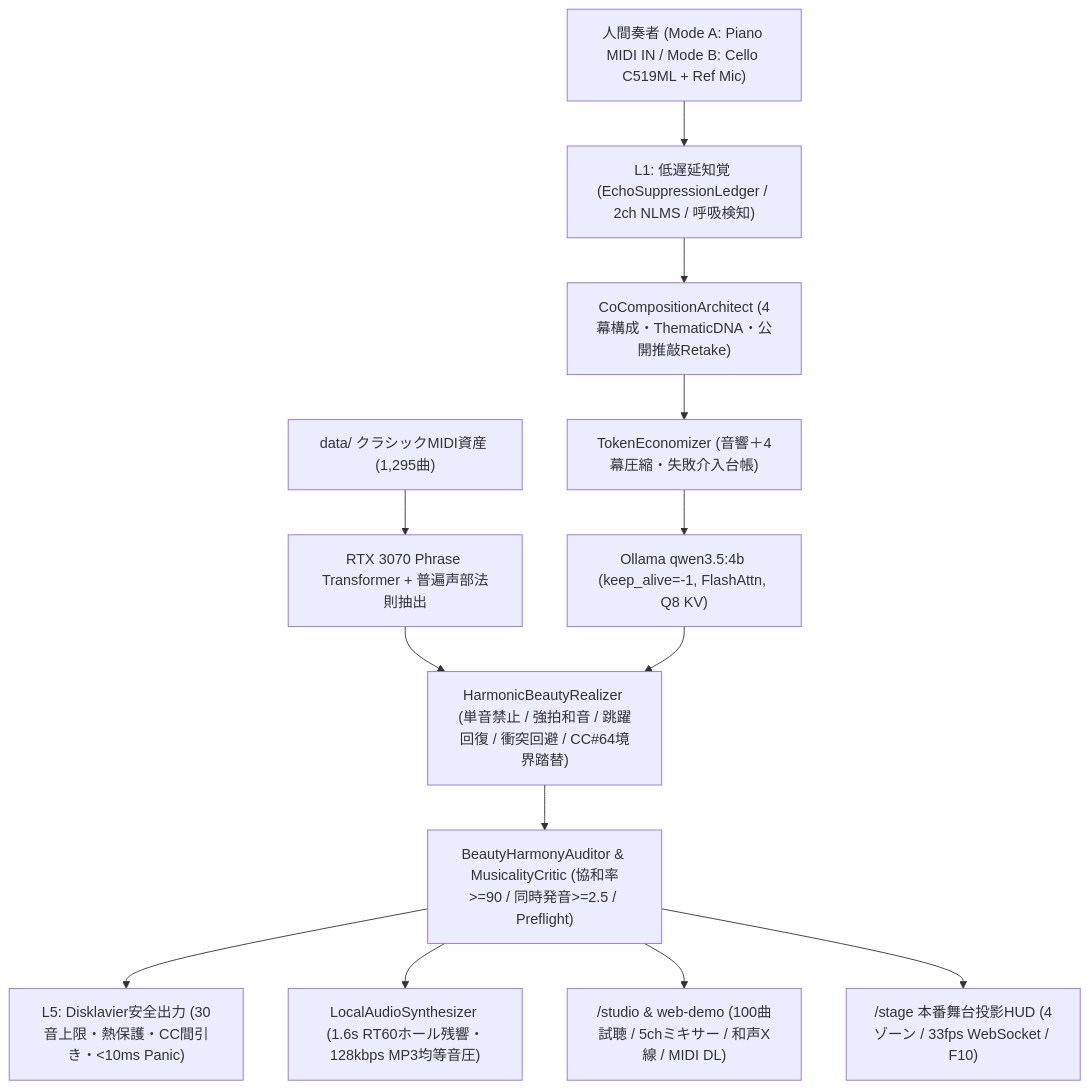
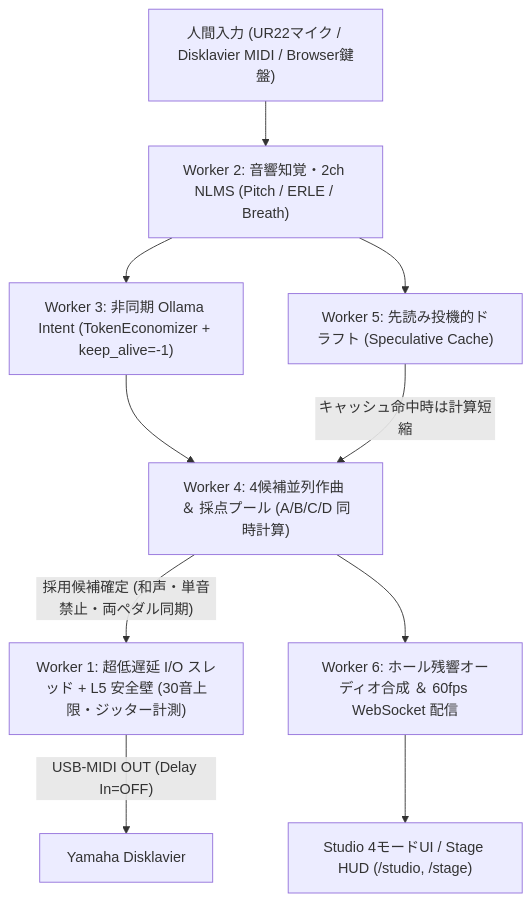
Before and after one commit to AI-Avalon/Disklavier-Auto: the first of 4 diagrams in README.md, drawn with Mermaid. The commit also changed other lines of this file and 36 other files, not shown here.

Commit message:
feat: 6-worker parallel real-time composition, NotaGen/LLM live ABC streaming, 4-mode ergonomic UI, and green CI

````diff
--- a/README.md
+++ b/README.md
@@ -68,15 +46,12 @@
 ```mermaid
-flowchart TD
-    Human["人間奏者 (Mode A: Piano MIDI IN / Mode B: Cello C519ML + Ref Mic)"] --> L1["L1: 低遅延知覚 (EchoSuppressionLedger / 2ch NLMS / 呼吸検知)"]
-    L1 --> Arch["CoCompositionArchitect (4幕構成・ThematicDNA・公開推敲Retake)"]
-    Corpus["data/ クラシックMIDI資産 (1,295曲)"] --> Model["RTX 3070 Phrase Transformer + 普遍声部法則抽出"]
-    Arch --> Econ["TokenEconomizer (音響＋4幕圧縮・失敗介入台帳)"]
-    Econ --> L2["Ollama qwen3.5:4b (keep_alive=-1, FlashAttn, Q8 KV)"]
-    Model --> Realizer["HarmonicBeautyRealizer (単音禁止 / 強拍和音 / 跳躍回復 / 衝突回避 / CC#64境界踏替)"]
-    L2 --> Realizer
-    Realizer --> Auditor["BeautyHarmonyAuditor & MusicalityCritic (協和率>=90 / 同時発音>=2.5 / Preflight)"]
-    Auditor --> L5["L5: Disklavier安全出力 (30音上限・熱保護・CC間引き・<10ms Panic)"]
-    Auditor --> Synth["LocalAudioSynthesizer (1.6s RT60ホール残響・128kbps MP3均等音圧)"]
-    Auditor --> Studio["/studio & web-demo (100曲試聴 / 5chミキサー / 和声X線 / MIDI DL)"]
-    Auditor --> Stage["/stage 本番舞台投影HUD (4ゾーン / 33fps WebSocket / F10)"]
+flowchart TB
+    In["人間入力 (UR22マイク / Disklavier MIDI / Browser鍵盤)"] --> W2["Worker 2: 音響知覚・2ch NLMS (Pitch / ERLE / Breath)"]
+    W2 --> W3["Worker 3: 非同期 Ollama Intent (TokenEconomizer + keep_alive=-1)"]
+    W2 --> W5["Worker 5: 先読み投機的ドラフト (Speculative Cache)"]
+    W3 --> W4["Worker 4: 4候補並列作曲 ＆ 採点プール (A/B/C/D 同時計算)"]
+    W5 -->|"キャッシュ命中時は計算短縮"| W4
+    W4 -->|"採用候補確定 (和声・単音禁止・両ペダル同期)"| W1["Worker 1: 超低遅延 I/O スレッド + L5 安全壁 (30音上限・ジッター計測)"]
+    W4 --> W6["Worker 6: ホール残響オーディオ合成 ＆ 60fps WebSocket 配信"]
+    W1 -->|"USB-MIDI OUT (Delay In=OFF)"| Piano["Yamaha Disklavier"]
+    W6 --> UI["Studio 4モードUI / Stage HUD (/studio, /stage)"]
 ```
````
